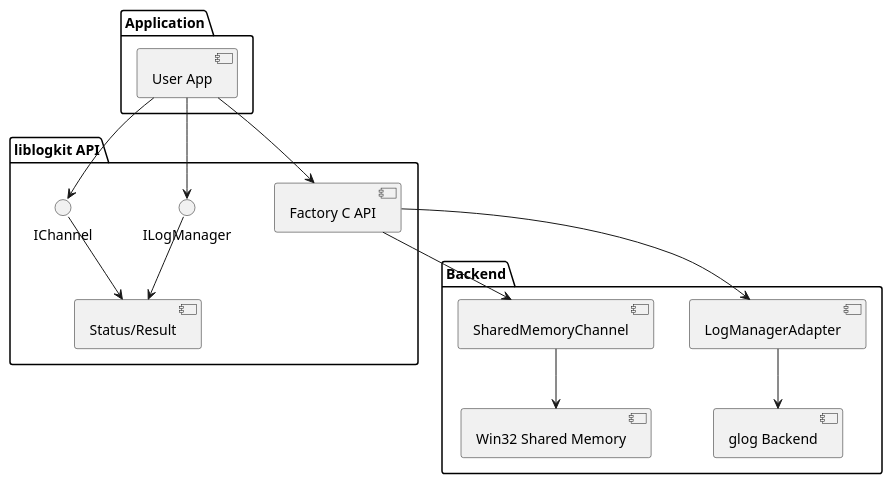
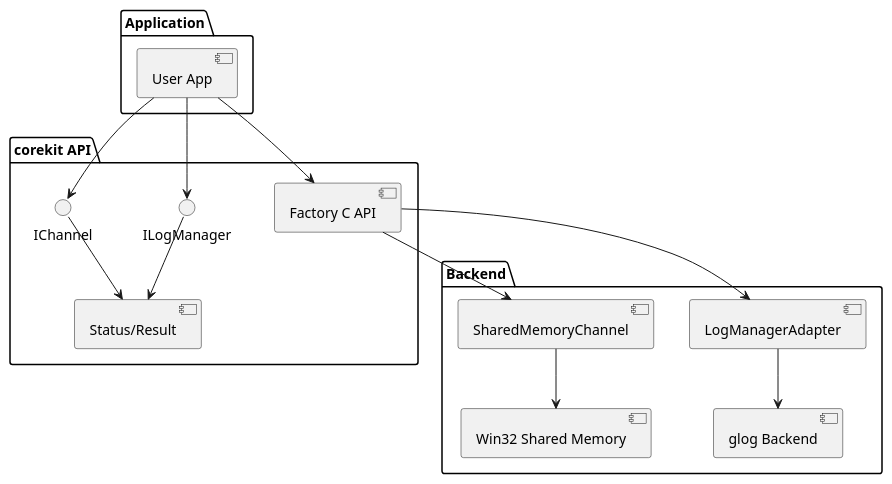
The diagram in docs/design/diagrams/architecture.puml (xin-gao-04/corekit), drawn with PlantUML before and after one commit. The commit also changed other lines of this file and 42 other files, not shown here.

Commit message:
Rebrand public API surface from liblogkit to corekit

```diff
--- a/docs/design/diagrams/architecture.puml
+++ b/docs/design/diagrams/architecture.puml
@@ -1,31 +1,31 @@
 @startuml
 skinparam monochrome true
 
 package "Application" {
   [User App]
 }
 
-package "liblogkit API" {
+package "corekit API" {
   interface ILogManager
   interface IChannel
   [Status/Result]
   [Factory C API]
 }
 
 package "Backend" {
   [LogManagerAdapter]
   [SharedMemoryChannel]
   [glog Backend]
   [Win32 Shared Memory]
 }
 
 [User App] --> [Factory C API]
 [User App] --> ILogManager
 [User App] --> IChannel
 ILogManager --> [Status/Result]
 IChannel --> [Status/Result]
 [Factory C API] --> [LogManagerAdapter]
 [Factory C API] --> [SharedMemoryChannel]
 [LogManagerAdapter] --> [glog Backend]
 [SharedMemoryChannel] --> [Win32 Shared Memory]
 @enduml
```
